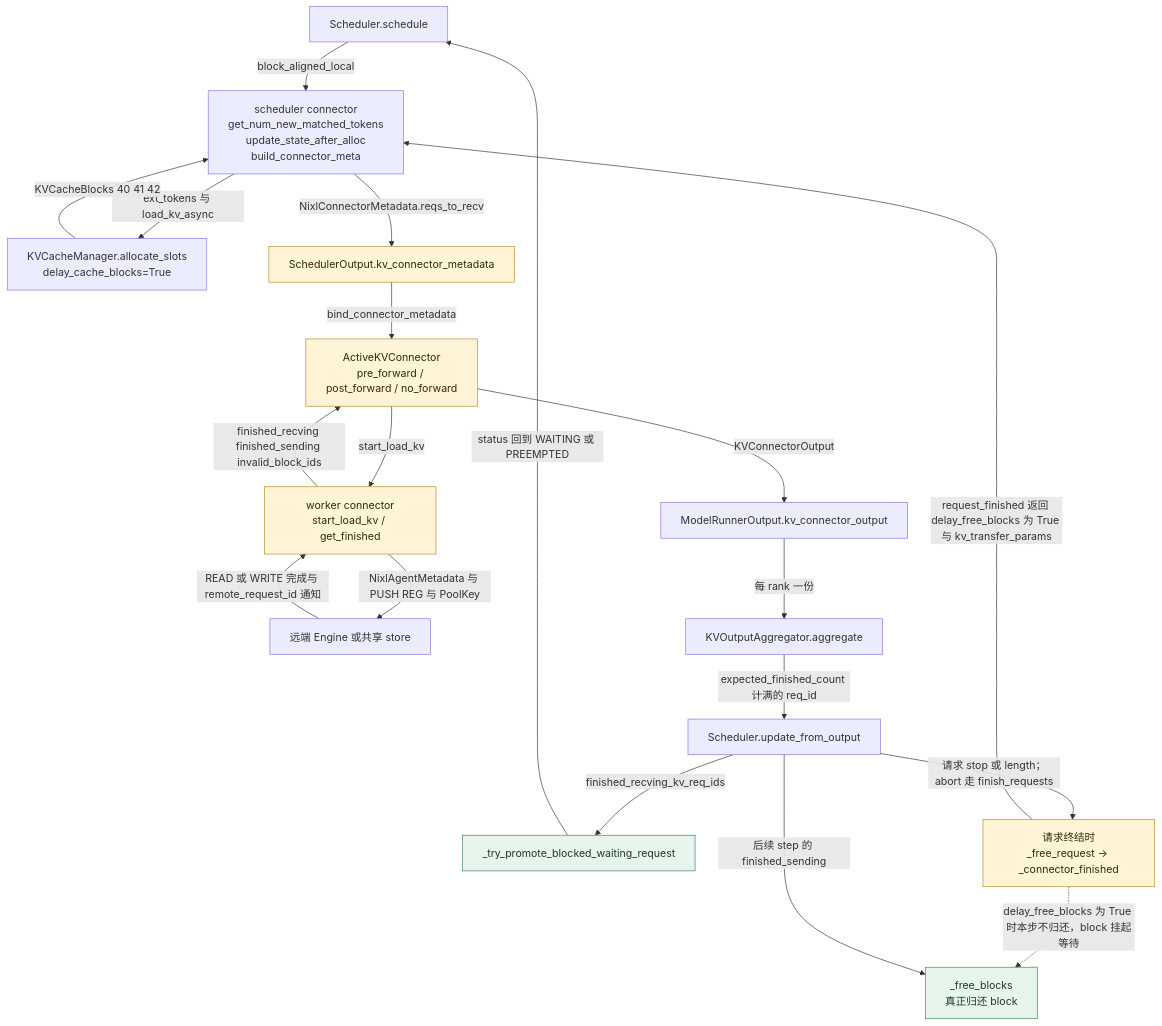
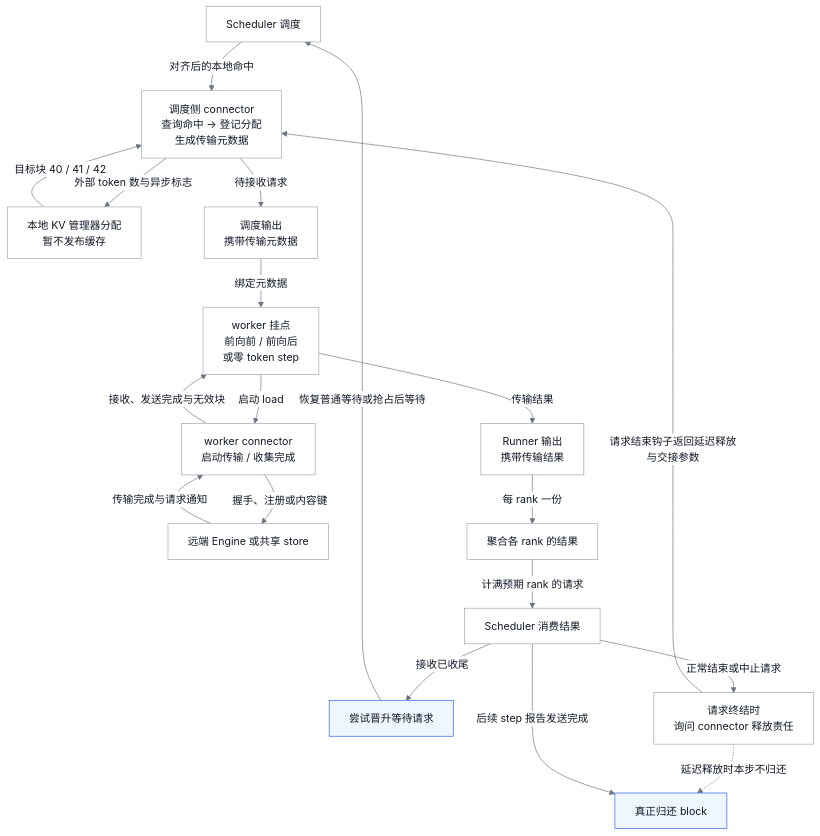
Before and after one commit to suhaibo666/llm-knowledge: the second of 10 diagrams in wiki/02_engineering/03_infer_frameworks/vllm/22_vllm_disaggregated_kv_serving_analysis.md, drawn with Mermaid. The commit also changed other lines of this file and 11 other files, not shown here.

````diff
--- a/wiki/02_engineering/03_infer_frameworks/vllm/22_vllm_disaggregated_kv_serving_analysis.md
+++ b/wiki/02_engineering/03_infer_frameworks/vllm/22_vllm_disaggregated_kv_serving_analysis.md
@@ -33,38 +130,39 @@
 ```mermaid
+%%{init: {"theme":"base","themeVariables":{"primaryColor":"#ffffff","primaryTextColor":"#111827","primaryBorderColor":"#9ca3af","secondaryColor":"#f9fafb","tertiaryColor":"#f9fafb","lineColor":"#6b7280","clusterBkg":"#f9fafb","clusterBorder":"#9ca3af","edgeLabelBackground":"#ffffff","actorBkg":"#ffffff","actorBorder":"#9ca3af","actorTextColor":"#111827","actorLineColor":"#9ca3af","signalColor":"#374151","signalTextColor":"#111827","noteBkgColor":"#fff7ed","noteBorderColor":"#ea580c","noteTextColor":"#111827","labelBoxBkgColor":"#f9fafb","labelBoxBorderColor":"#9ca3af","labelTextColor":"#111827","loopTextColor":"#111827"}}}%%
 flowchart TB
-  SCH["Scheduler.schedule"]
-  CS["scheduler connector<br/>get_num_new_matched_tokens<br/>update_state_after_alloc<br/>build_connector_meta"]
-  ALLOC["KVCacheManager.allocate_slots<br/>delay_cache_blocks=True"]
-  SO["SchedulerOutput.kv_connector_metadata"]
-  AKC["ActiveKVConnector<br/>pre_forward / post_forward / no_forward"]
-  WC["worker connector<br/>start_load_kv / get_finished"]
+  SCH["Scheduler 调度"]
+  CS["调度侧 connector<br/>查询命中 → 登记分配<br/>生成传输元数据"]
+  ALLOC["本地 KV 管理器分配<br/>暂不发布缓存"]
+  SO["调度输出<br/>携带传输元数据"]
+  AKC["worker 挂点<br/>前向前 / 前向后<br/>或零 token step"]
+  WC["worker connector<br/>启动传输 / 收集完成"]
   REM["远端 Engine 或共享 store"]
-  MRO["ModelRunnerOutput.kv_connector_output"]
-  AGG["KVOutputAggregator.aggregate"]
-  UFO["Scheduler.update_from_output"]
-  PROMO["_try_promote_blocked_waiting_request"]
-  FREE["请求终结时<br/>_free_request → _connector_finished"]
-  FB["_free_blocks<br/>真正归还 block"]
-  SCH -->|block_aligned_local| CS
-  CS -->|ext_tokens 与 load_kv_async| ALLOC
-  ALLOC -->|KVCacheBlocks 40 41 42| CS
-  CS -->|NixlConnectorMetadata.reqs_to_recv| SO
-  SO -->|bind_connector_metadata| AKC
-  AKC -->|start_load_kv| WC
-  WC -->|NixlAgentMetadata 与 PUSH REG 与 PoolKey| REM
-  REM -->|READ 或 WRITE 完成与 remote_request_id 通知| WC
-  WC -->|finished_recving finished_sending invalid_block_ids| AKC
-  AKC -->|KVConnectorOutput| MRO
+  MRO["Runner 输出<br/>携带传输结果"]
+  AGG["聚合各 rank 的结果"]
+  UFO["Scheduler 消费结果"]
+  PROMO["尝试晋升等待请求"]
+  FREE["请求终结时<br/>询问 connector 释放责任"]
+  FB["真正归还 block"]
+  SCH -->|对齐后的本地命中| CS
+  CS -->|外部 token 数与异步标志| ALLOC
+  ALLOC -->|目标块 40 / 41 / 42| CS
+  CS -->|待接收请求| SO
+  SO -->|绑定元数据| AKC
+  AKC -->|启动 load| WC
+  WC -->|握手、注册或内容键| REM
+  REM -->|传输完成与请求通知| WC
+  WC -->|接收、发送完成与无效块| AKC
+  AKC -->|传输结果| MRO
   MRO -->|每 rank 一份| AGG
-  AGG -->|expected_finished_count 计满的 req_id| UFO
-  UFO -->|finished_recving_kv_req_ids| PROMO
-  UFO -->|请求 stop 或 length；abort 走 finish_requests| FREE
-  FREE -->|request_finished 返回 delay_free_blocks 为 True 与 kv_transfer_params| CS
-  FREE -.->|delay_free_blocks 为 True 时本步不归还，block 挂起等待| FB
-  UFO -->|后续 step 的 finished_sending| FB
-  PROMO -->|status 回到 WAITING 或 PREEMPTED| SCH
-  classDef pending fill:#fff4d6,stroke:#ba8b21,color:#332800;
-  classDef ready fill:#e7f4ec,stroke:#43815c,color:#193b27;
+  AGG -->|计满预期 rank 的请求| UFO
+  UFO -->|接收已收尾| PROMO
+  UFO -->|正常结束或中止请求| FREE
+  FREE -->|请求结束钩子返回延迟释放与交接参数| CS
+  FREE -.->|延迟释放时本步不归还| FB
+  UFO -->|后续 step 报告发送完成| FB
+  PROMO -->|恢复普通等待或抢占后等待| SCH
+  classDef pending fill:#fff,stroke:#9ca3af,color:#111827;
+  classDef ready fill:#eff6ff,stroke:#2563eb,color:#111827;
   class SO,AKC,WC,FREE pending;
   class PROMO,FB ready;
 ```
````
